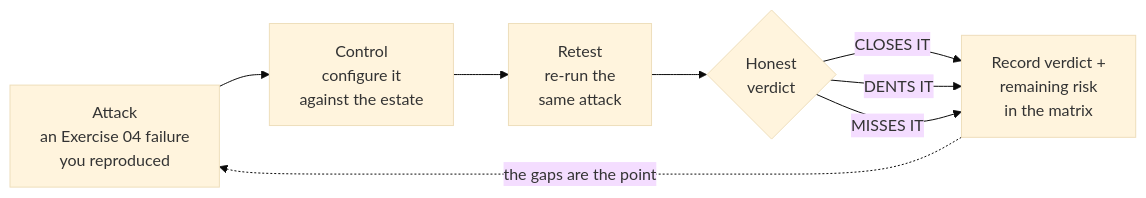
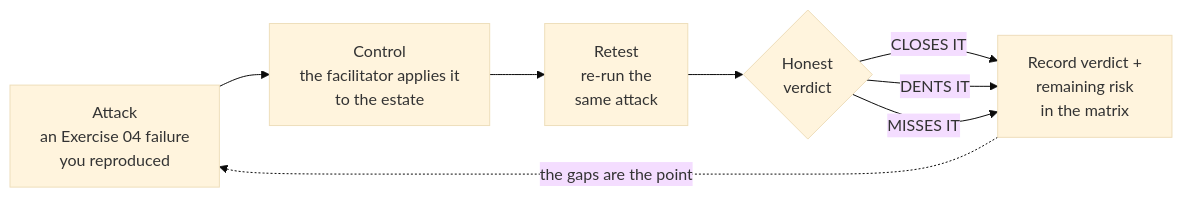
One commit to solliancenet/copilot-studio-shadow-agents-workshop changed the diagram in docs/05_test_the_controls/05_test_the_controls.md. Above: the diagram before and after it, drawn with Mermaid (base theme). The commit also changed other lines of this file and 6 other files, not shown here.

First line of the commit message:
Exercise 05: the facilitator demonstrates each control, attendees retest

````diff
--- a/docs/05_test_the_controls/05_test_the_controls.md
+++ b/docs/05_test_the_controls/05_test_the_controls.md
@@ -31,10 +33,10 @@
 ```mermaid
 flowchart LR
-  A["Attack<br/>an Exercise 04 failure<br/>you reproduced"] --> C["Control<br/>configure it<br/>against the estate"]
+  A["Attack<br/>an Exercise 04 failure<br/>you reproduced"] --> C["Control<br/>the facilitator applies it<br/>to the estate"]
   C --> R["Retest<br/>re-run the<br/>same attack"]
   R --> V{"Honest<br/>verdict"}
   V -->|CLOSES IT| Rec["Record verdict +<br/>remaining risk<br/>in the matrix"]
   V -->|DENTS IT| Rec
   V -->|MISSES IT| Rec
   Rec -.->|the gaps are the point| A
 ```
````
